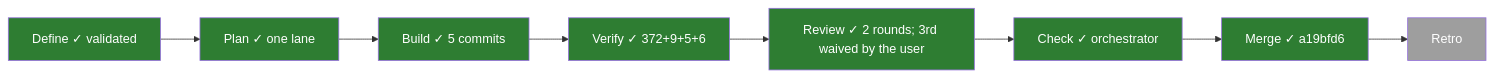
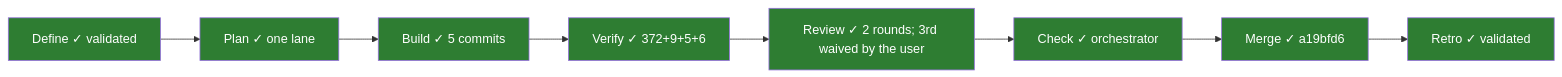
Before and after one commit to PaliCanon/learn-pali: the first of 2 diagrams in .task/048-app-fragment.md, drawn with Mermaid. The commit also changed other lines of this file, not shown here.

Commit message:
chore(task): 048 retro validated

````diff
--- a/.task/048-app-fragment.md
+++ b/.task/048-app-fragment.md
@@ -12,7 +12,7 @@
 ```mermaid
 flowchart LR
-  Define["Define ✓ validated"]:::done --> Plan["Plan ✓ one lane"]:::done --> Build["Build ✓ 5 commits"]:::done --> Verify["Verify ✓ 372+9+5+6"]:::done --> Review["Review ✓ 2 rounds; 3rd waived by the user"]:::done --> Check["Check ✓ orchestrator"]:::done --> Merge["Merge ✓ a19bfd6"]:::done --> Retro:::todo
+  Define["Define ✓ validated"]:::done --> Plan["Plan ✓ one lane"]:::done --> Build["Build ✓ 5 commits"]:::done --> Verify["Verify ✓ 372+9+5+6"]:::done --> Review["Review ✓ 2 rounds; 3rd waived by the user"]:::done --> Check["Check ✓ orchestrator"]:::done --> Merge["Merge ✓ a19bfd6"]:::done --> Retro["Retro ✓ validated"]:::done
   classDef doing fill:#f9a825,color:#000
   classDef done fill:#2e7d32,color:#fff
   classDef todo fill:#9e9e9e,color:#fff
 ```
````
